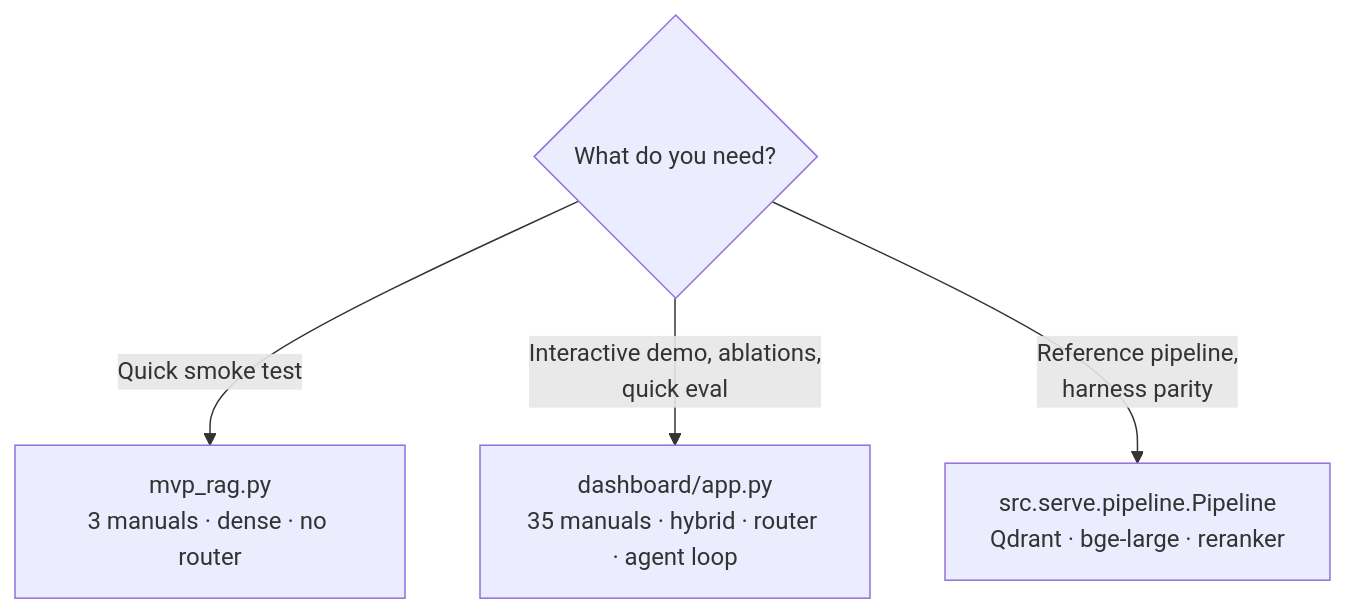
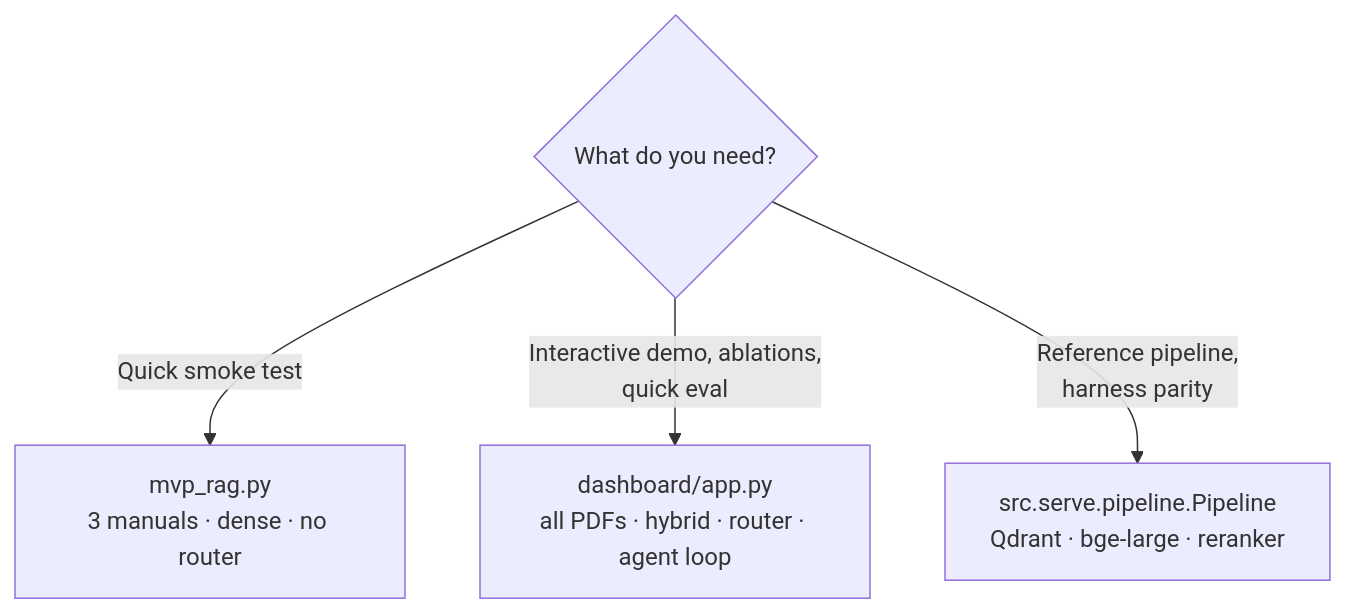
Before and after one commit to drealchux/troa: the third of 6 diagrams in docs/WORKFLOWS.md, drawn with Mermaid. The commit also changed other lines of this file and 18 other files, not shown here.

````diff
--- a/docs/WORKFLOWS.md
+++ b/docs/WORKFLOWS.md
@@ -137,7 +139,7 @@
 ```mermaid
 flowchart TD
     Q{"What do you need?"}
     Q -- "Quick smoke test" --> M["mvp_rag.py<br/>3 manuals · dense · no router"]
-    Q -- "Interactive demo, ablations,<br/>quick eval" --> D["dashboard/app.py<br/>35 manuals · hybrid · router · agent loop"]
+    Q -- "Interactive demo, ablations,<br/>quick eval" --> D["dashboard/app.py<br/>all PDFs · hybrid · router · agent loop"]
     Q -- "Reference pipeline,<br/>harness parity" --> P["src.serve.pipeline.Pipeline<br/>Qdrant · bge-large · reranker"]
 ```
````
